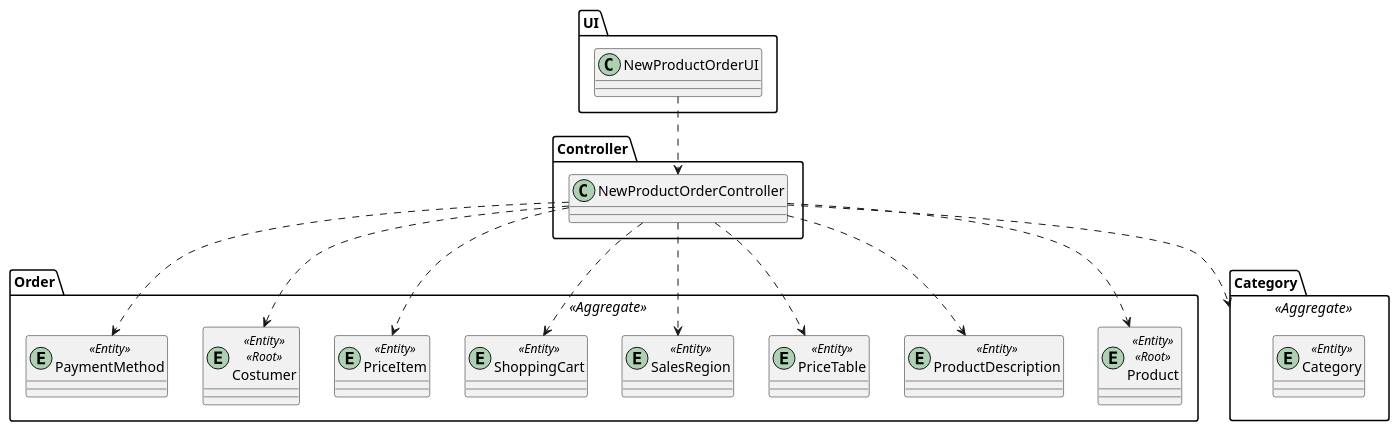
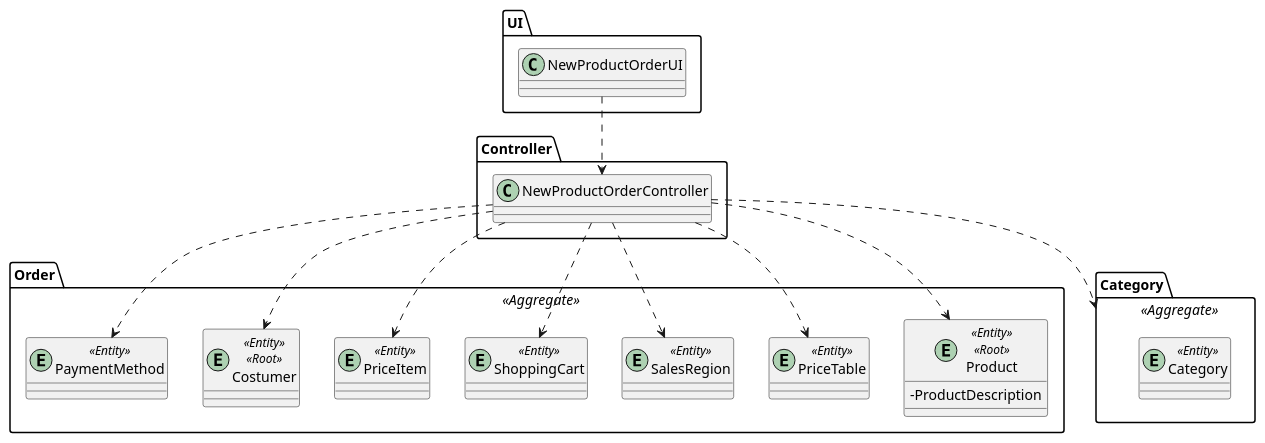
The diagram in docs/Sprint2/US1004/US1004_CD.puml (marttuga/LAPR4-SmartSystems), drawn with PlantUML before and after one commit. The commit also changed 3 other files, not shown here.

```diff
--- a/docs/Sprint2/US1004/US1004_CD.puml
+++ b/docs/Sprint2/US1004/US1004_CD.puml
@@ -1,44 +1,44 @@
 @startuml
 skinparam classAttributeIconSize 0
 
 package UI {
 class NewProductOrderUI {
 }
 }
 
 package Controller{
 class NewProductOrderController {
 
 }
 }
 
 package Order <<Aggregate>>{
 
-entity Product <<Entity>> <<Root>>
-entity ProductDescription <<Entity>>
+entity Product <<Entity>> <<Root>> {
+- ProductDescription
+}
 entity PriceTable <<Entity>>
 entity SalesRegion <<Entity>>
 entity ShoppingCart <<Entity>>
 entity PriceItem <<Entity>>
 entity Costumer <<Entity>> <<Root>>
 entity PaymentMethod <<Entity>>
 }
 
 
 package Category <<Aggregate>> {
     entity Category <<Entity>>
 
 }
 
 NewProductOrderUI ..> NewProductOrderController
 NewProductOrderController ..> Category
 NewProductOrderController ..>PriceTable
-NewProductOrderController ..>ProductDescription
 NewProductOrderController ..> Product
 NewProductOrderController ..> SalesRegion
 NewProductOrderController ..> PriceItem
 NewProductOrderController ..> ShoppingCart
 NewProductOrderController ..>Costumer
 NewProductOrderController ..> PaymentMethod
 
 @enduml
```
